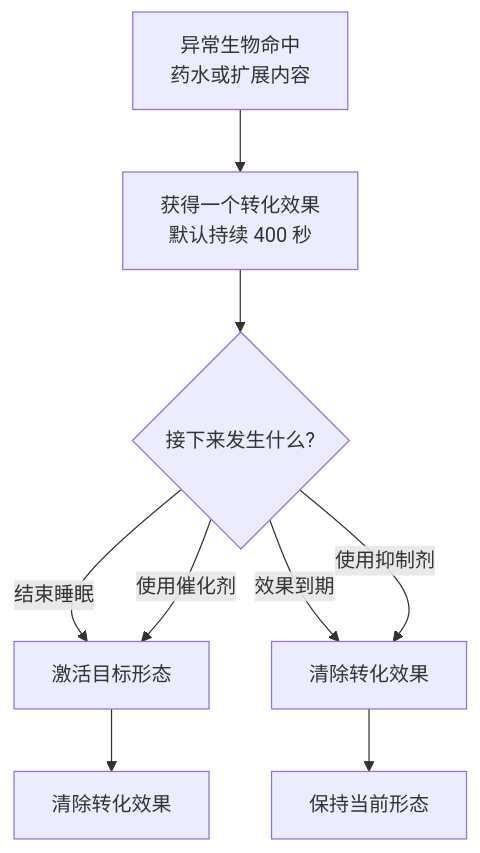
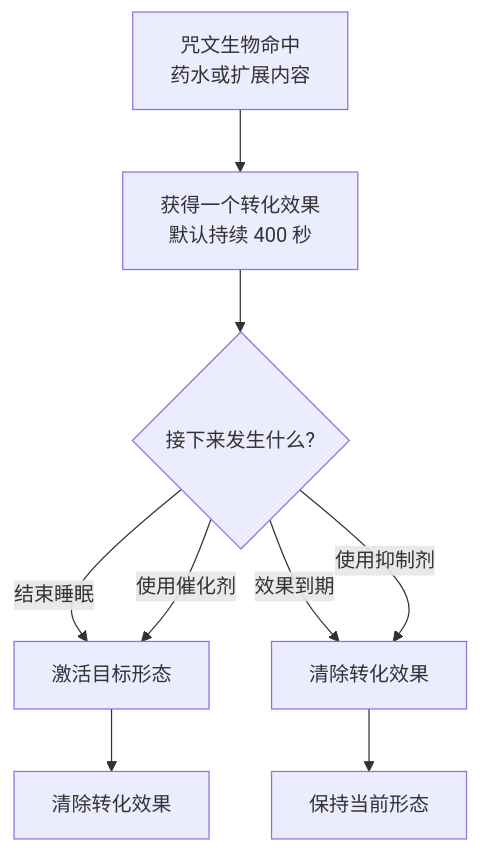
One commit to LynxCatTheThird/SSC-wiki changed the diagram in docs/gameplay/transformative-effect.md. Above: the diagram before and after it, drawn with Mermaid. The commit also changed other lines of this file and 21 other files, not shown here.

````diff
--- a/docs/gameplay/transformative-effect.md
+++ b/docs/gameplay/transformative-effect.md
@@ -13,11 +13,11 @@
 ```mermaid
 flowchart TD
-  A[异常生物命中<br/>药水或扩展内容] --> B[获得一个转化效果<br/>默认持续 400 秒]
+  A[咒文生物命中<br/>药水或扩展内容] --> B[获得一个转化效果<br/>默认持续 400 秒]
   B --> C{接下来发生什么?}
   C -->|结束睡眠| D[激活目标形态]
   C -->|使用催化剂| D
   C -->|效果到期| E[清除转化效果]
   C -->|使用抑制剂| E
   D --> F[清除转化效果]
   E --> G[保持当前形态]
 ```
````
